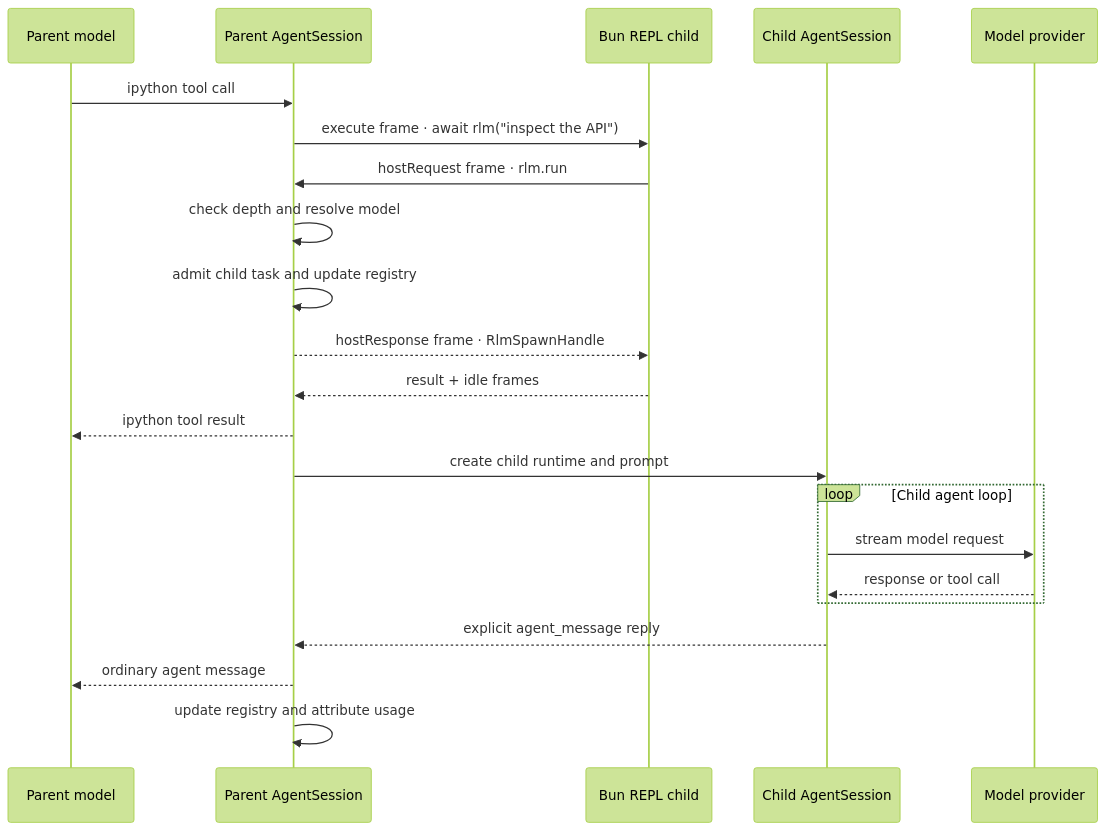
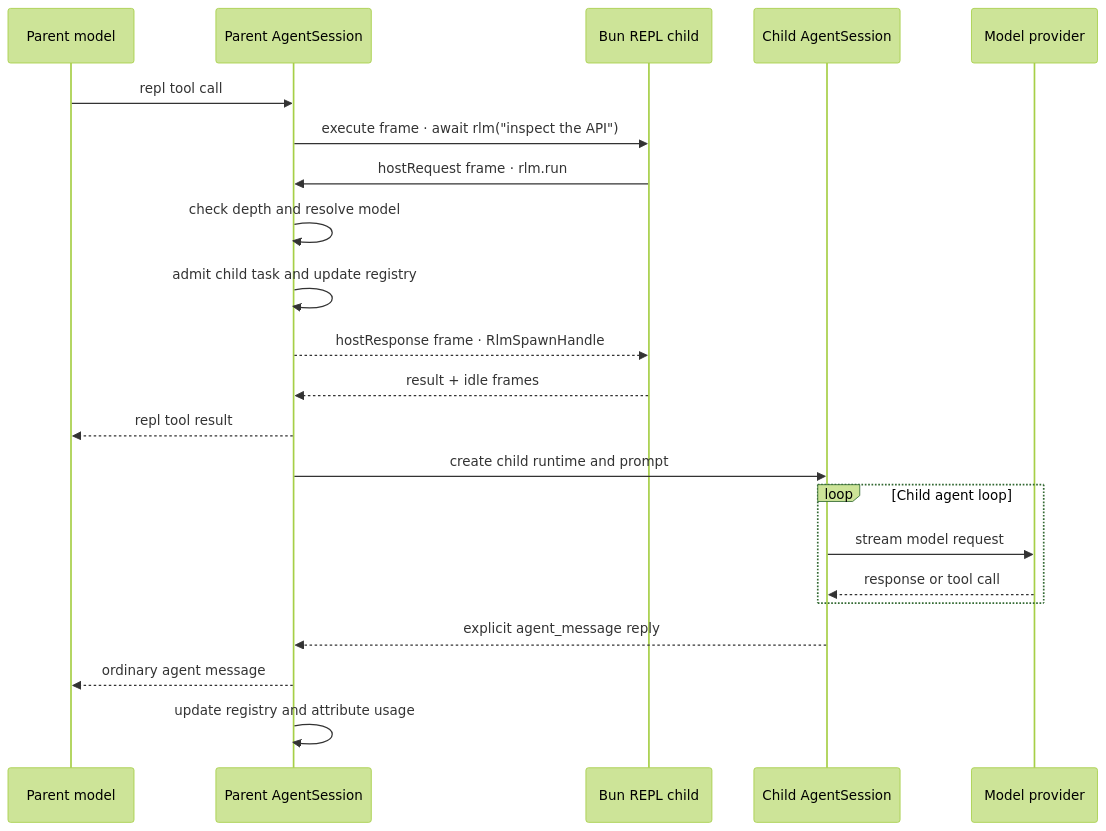
One commit to pde-rent/optimus-prime changed the second of 2 diagrams in packages/coding-agent/docs/rlm-runtime.md. Above: the diagram before and after it, drawn with Mermaid (forest theme). The commit also changed other lines of this file and 134 other files, not shown here.

````diff
--- a/packages/coding-agent/docs/rlm-runtime.md
+++ b/packages/coding-agent/docs/rlm-runtime.md
@@ -38,25 +38,25 @@
 ```mermaid
 sequenceDiagram
     participant M as Parent model
     participant H as Parent AgentSession
     participant R as Bun REPL child
     participant C as Child AgentSession
     participant P as Model provider
 
-    M->>H: ipython tool call
+    M->>H: repl tool call
     H->>R: execute frame · await rlm("inspect the API")
     R->>H: hostRequest frame · rlm.run
     H->>H: check depth and resolve model
     H->>H: admit child task and update registry
     H-->>R: hostResponse frame · RlmSpawnHandle
     R-->>H: result + idle frames
-    H-->>M: ipython tool result
+    H-->>M: repl tool result
     H->>C: create child runtime and prompt
     loop Child agent loop
         C->>P: stream model request
         P-->>C: response or tool call
     end
     C-->>H: explicit agent_message reply
     H-->>M: ordinary agent message
     H->>H: update registry and attribute usage
 ```
````
